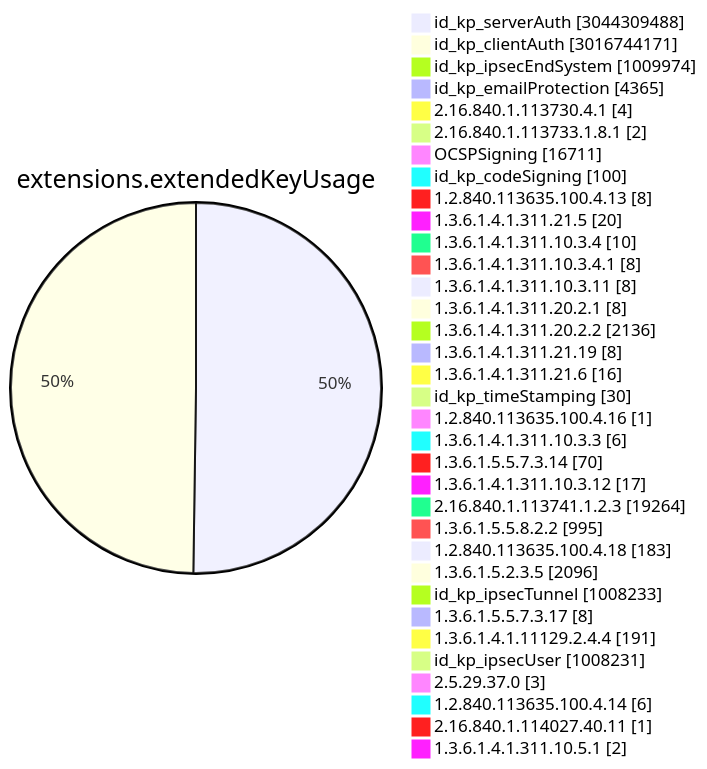
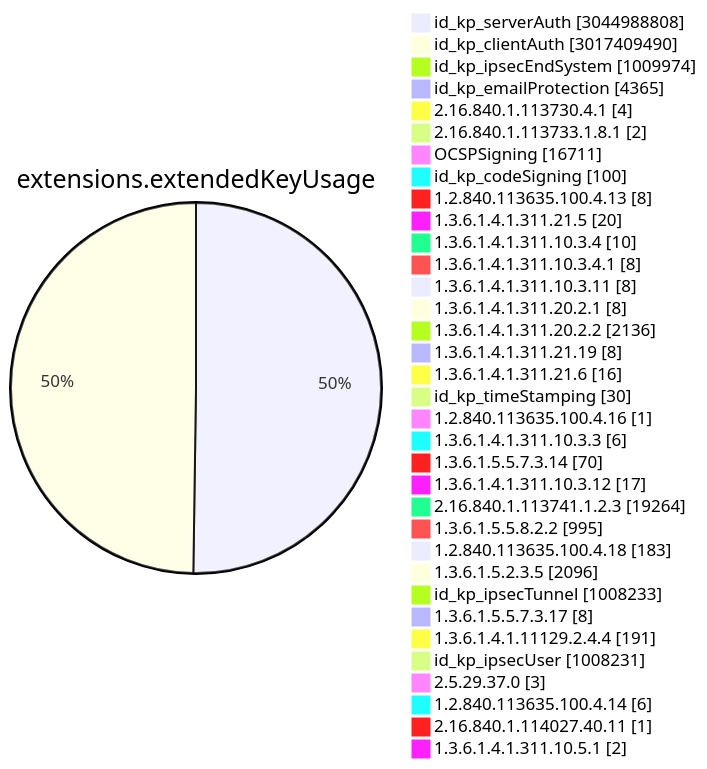
Diagram 11 of 15 in TOTAL/README.md (christiankrug/ctmonitor_visualization), drawn with Mermaid before and after one commit. The commit also changed other lines of this file, not shown here.

````diff
--- a/TOTAL/README.md
+++ b/TOTAL/README.md
@@ -4116,38 +4116,38 @@
 ```mermaid
 pie showData
 title extensions.extendedKeyUsage
-"id_kp_serverAuth" :3044309488
-"id_kp_clientAuth" :3016744171
+"id_kp_serverAuth" :3044988808
+"id_kp_clientAuth" :3017409490
 "id_kp_ipsecEndSystem" :1009974
 "id_kp_emailProtection" :4365
 "2.16.840.1.113730.4.1" :4
 "2.16.840.1.113733.1.8.1" :2
 "OCSPSigning" :16711
 "id_kp_codeSigning" :100
 "1.2.840.113635.100.4.13" :8
 "1.3.6.1.4.1.311.21.5" :20
 "1.3.6.1.4.1.311.10.3.4" :10
 "1.3.6.1.4.1.311.10.3.4.1" :8
 "1.3.6.1.4.1.311.10.3.11" :8
 "1.3.6.1.4.1.311.20.2.1" :8
 "1.3.6.1.4.1.311.20.2.2" :2136
 "1.3.6.1.4.1.311.21.19" :8
 "1.3.6.1.4.1.311.21.6" :16
 "id_kp_timeStamping" :30
 "1.2.840.113635.100.4.16" :1
 "1.3.6.1.4.1.311.10.3.3" :6
 "1.3.6.1.5.5.7.3.14" :70
 "1.3.6.1.4.1.311.10.3.12" :17
 "2.16.840.1.113741.1.2.3" :19264
 "1.3.6.1.5.5.8.2.2" :995
 "1.2.840.113635.100.4.18" :183
 "1.3.6.1.5.2.3.5" :2096
 "id_kp_ipsecTunnel" :1008233
 "1.3.6.1.5.5.7.3.17" :8
 "1.3.6.1.4.1.11129.2.4.4" :191
 "id_kp_ipsecUser" :1008231
 "2.5.29.37.0" :3
 "1.2.840.113635.100.4.14" :6
 "2.16.840.1.114027.40.11" :1
 "1.3.6.1.4.1.311.10.5.1" :2
 ```
````
